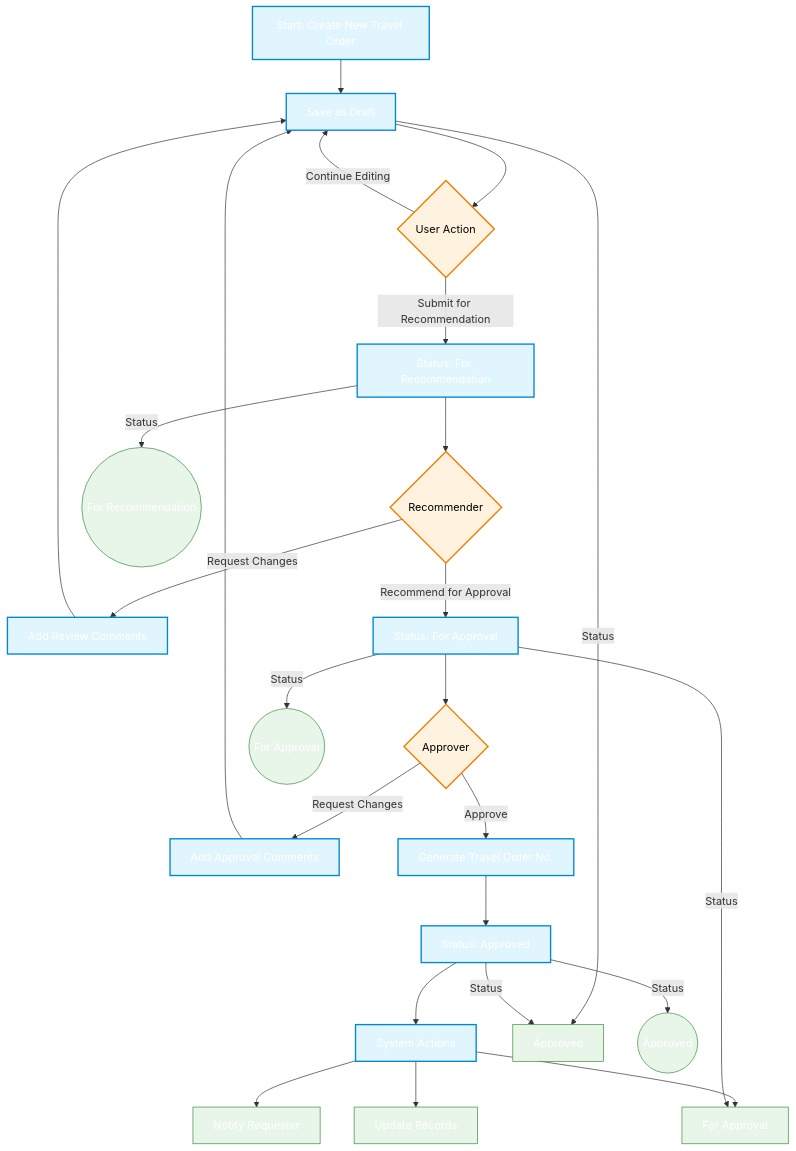
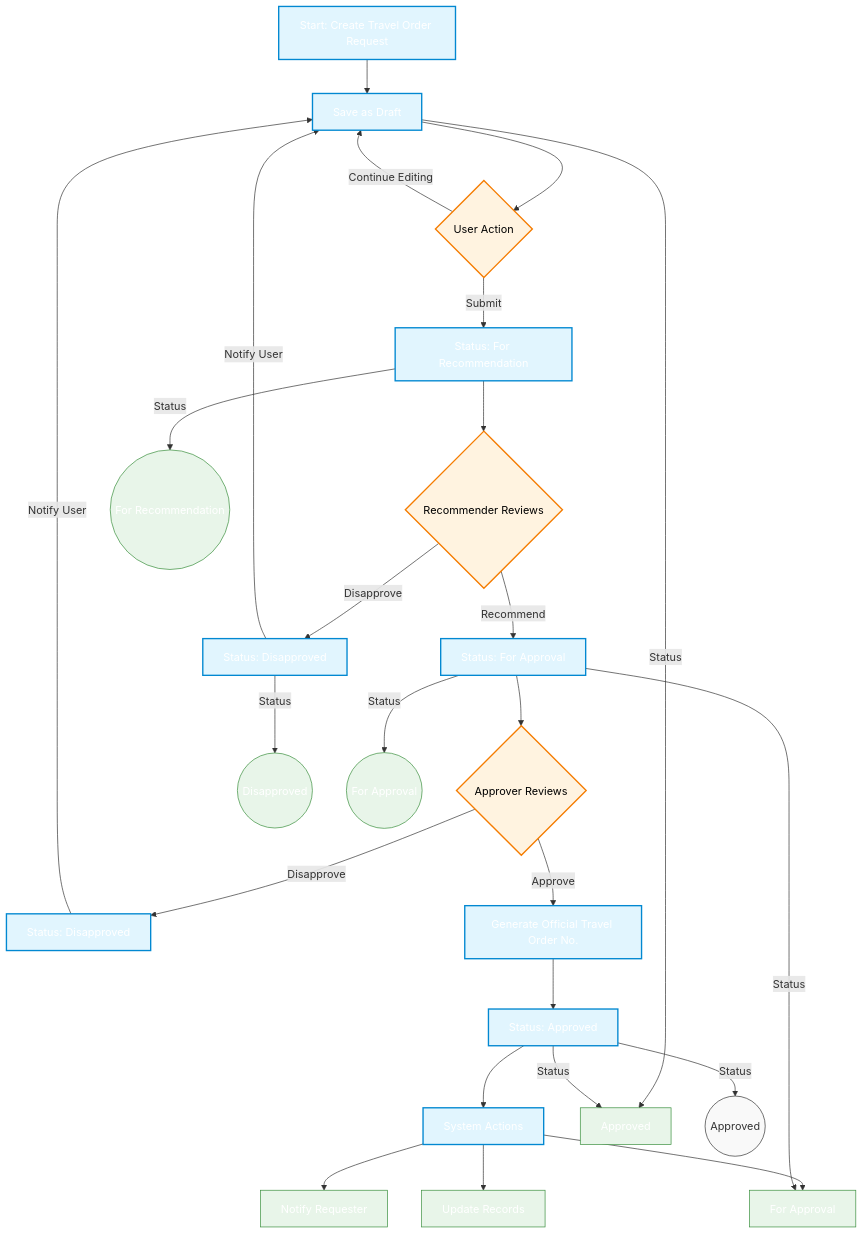
Before and after one commit to brandon3sican/denr_travel_order: the diagram in docs/flow-chart.md, drawn with Mermaid. The commit also changed other lines of this file, not shown here.

Commit message:
Updated Flowchart

````diff
--- a/docs/flow-chart.md
+++ b/docs/flow-chart.md
@@ -5,57 +5,61 @@
 ```mermaid
 flowchart TD
     %% Main Flow
-    A[Start: Create New Travel Order] --> B[Save as Draft]
+    A[Start: Create Travel Order Request] --> B[Save as Draft]
     B --> C{User Action}
     
     C -->|Continue Editing| B
-    C -->|Submit for Recommendation| D[Status: For Recommendation]
+    C -->|Submit| D[Status: For Recommendation]
     
-    D --> E{Recommender}
-    E -->|Request Changes| F[Add Review Comments]
-    F --> B
-    E -->|Recommend for Approval| G[Status: For Approval]
+    %% Recommendation Phase
+    D --> E{Recommender Reviews}
+    E -->|Disapprove| F[Status: Disapproved]
+    F -->|Notify User| B
     
-    G --> H{Approver}
-    H -->|Request Changes| I[Add Approval Comments]
-    I --> B
-    H -->|Approve| J[Generate Travel Order No.]
+    E -->|Recommend| G[Status: For Approval]
     
+    %% Approval Phase
+    G --> H{Approver Reviews}
+    H -->|Disapprove| I[Status: Disapproved]
+    I -->|Notify User| B
+    
+    H -->|Approve| J[Generate Official Travel Order No.]
     J --> K[Status: Approved]
+    
+    %% Post-Approval Actions
     K --> L[System Actions]
-    
-    %% System Actions
     L --> M[Notify Requester]
     L --> N[Update Records]
-    L --> O[Generate Documents]
+    L --> O[Generate Official Documents]
     
     %% Status Tracking
     B -->|Status| P((Draft))
     D -->|Status| Q((For Recommendation))
-    G -->|Status| R((For Approval))
-    K -->|Status| S((Approved))
+    F -->|Status| R((Disapproved))
+    G -->|Status| S((For Approval))
+    K -->|Status| T((Approved))
     
     %% Styling
     classDef startend fill:#4caf50,stroke:#2e7d32,color:white,stroke-width:2px
     classDef process fill:#2196f3,stroke:#0d47a1,color:white,stroke-width:2px
     classDef decision fill:#ff9800,stroke:#e65100,color:black,stroke-width:2px
     classDef status fill:#9c27b0,stroke:#4a148c,color:white,stroke-width:2px
     classDef system fill:#607d8b,stroke:#263238,color:white,stroke-width:2px
     
     class A startend
     class B,C,D,E,F,G,H,I,J,K,L,M,N,O process
     class P,Q,R,S status
     class L system
     G -->|Status| O[For Approval]
     K -->|Status| P[Approved]
     
     %% Styling
     classDef default fill:#f9f9f9,stroke:#333,stroke-width:1px;
     classDef process fill:#e1f5fe,stroke:#0288d1,stroke-width:2px;
     classDef decision fill:#fff3e0,stroke:#f57c00,stroke-width:2px;
     classDef status fill:#e8f5e9,stroke:#388e3c,stroke-width:1px;
     
     class A,B,D,G,J,L process;
     class C,E,H decision;
     class M,N,O,P status;
 ```
````
